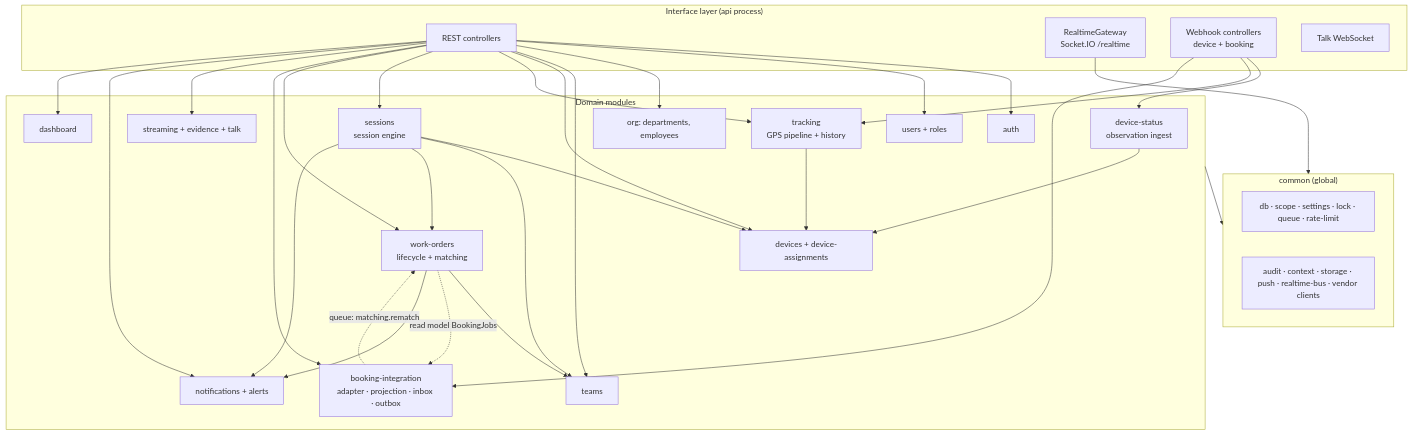
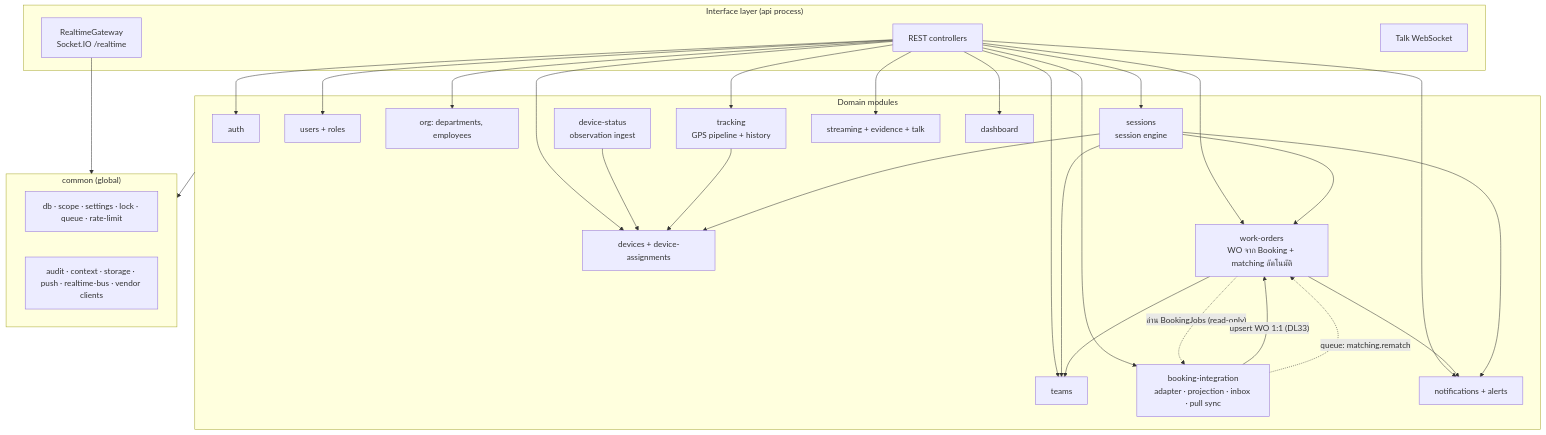
Before and after one commit to b-werayut/psd-bodycam-v1.0: the third of 6 diagrams in docs/blueprint/02-system-architecture.md, drawn with Mermaid. The commit also changed other lines of this file and 304 other files, not shown here.

````diff
--- a/docs/blueprint/02-system-architecture.md
+++ b/docs/blueprint/02-system-architecture.md
@@ -100,40 +112,39 @@
 ```mermaid
 flowchart TB
   subgraph Interface["Interface layer (api process)"]
     REST["REST controllers"]
     GW["RealtimeGateway<br/>Socket.IO /realtime"]
-    WH["Webhook controllers<br/>device + booking"]
     TALKWS["Talk WebSocket"]
   end
   subgraph Domain["Domain modules"]
     AUTH["auth"]
     USERS["users + roles"]
     ORG["org: departments, employees"]
     TEAMS["teams"]
     DEV["devices + device-assignments"]
     DSTAT["device-status<br/>observation ingest"]
     TRK["tracking<br/>GPS pipeline + history"]
     SES["sessions<br/>session engine"]
-    WO["work-orders<br/>lifecycle + matching"]
-    BKG["booking-integration<br/>adapter · projection · inbox · outbox"]
+    WO["work-orders<br/>WO จาก Booking + matching อัตโนมัติ"]
+    BKG["booking-integration<br/>adapter · projection · inbox · pull sync"]
     MEDIA["streaming + evidence + talk"]
     NOTI["notifications + alerts"]
     DASH["dashboard"]
   end
   subgraph Common["common (global)"]
     C1["db · scope · settings · lock · queue · rate-limit"]
     C2["audit · context · storage · push · realtime-bus · vendor clients"]
   end
   REST --> AUTH & USERS & ORG & TEAMS & DEV & TRK & SES & WO & BKG & MEDIA & NOTI & DASH
-  WH --> DSTAT & TRK & BKG
   DSTAT --> DEV
   TRK --> DEV
   SES --> DEV & TEAMS & WO
   WO --> TEAMS
-  WO -. "read model BookingJobs" .-> BKG
+  WO -. "อ่าน BookingJobs (read-only)" .-> BKG
+  BKG -- "upsert WO 1:1 (DL33)" --> WO
   BKG -. "queue: matching.rematch" .-> WO
   WO --> NOTI
   SES --> NOTI
   Domain --> Common
   GW --> Common
 ```
````
